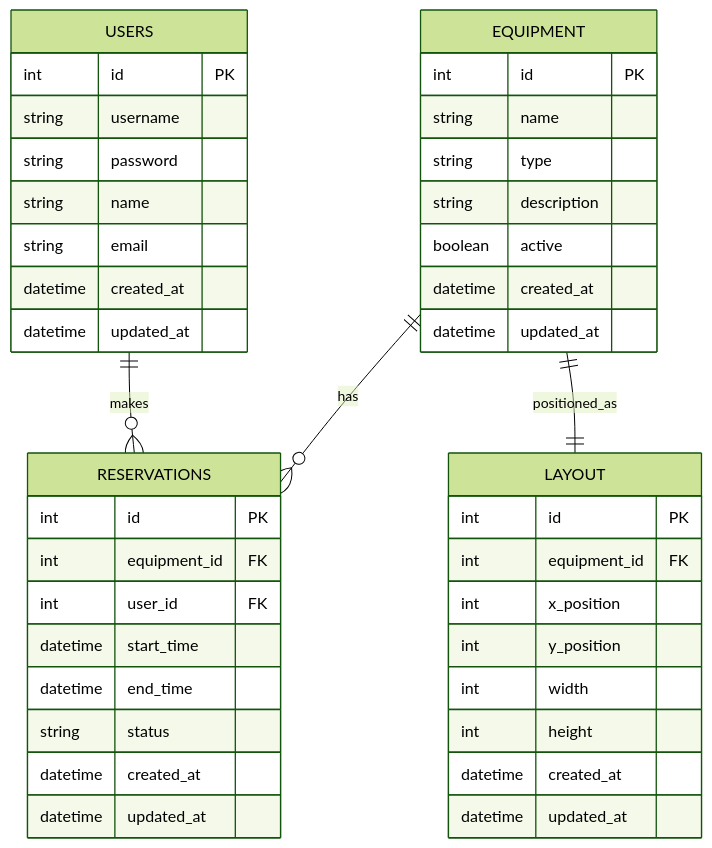
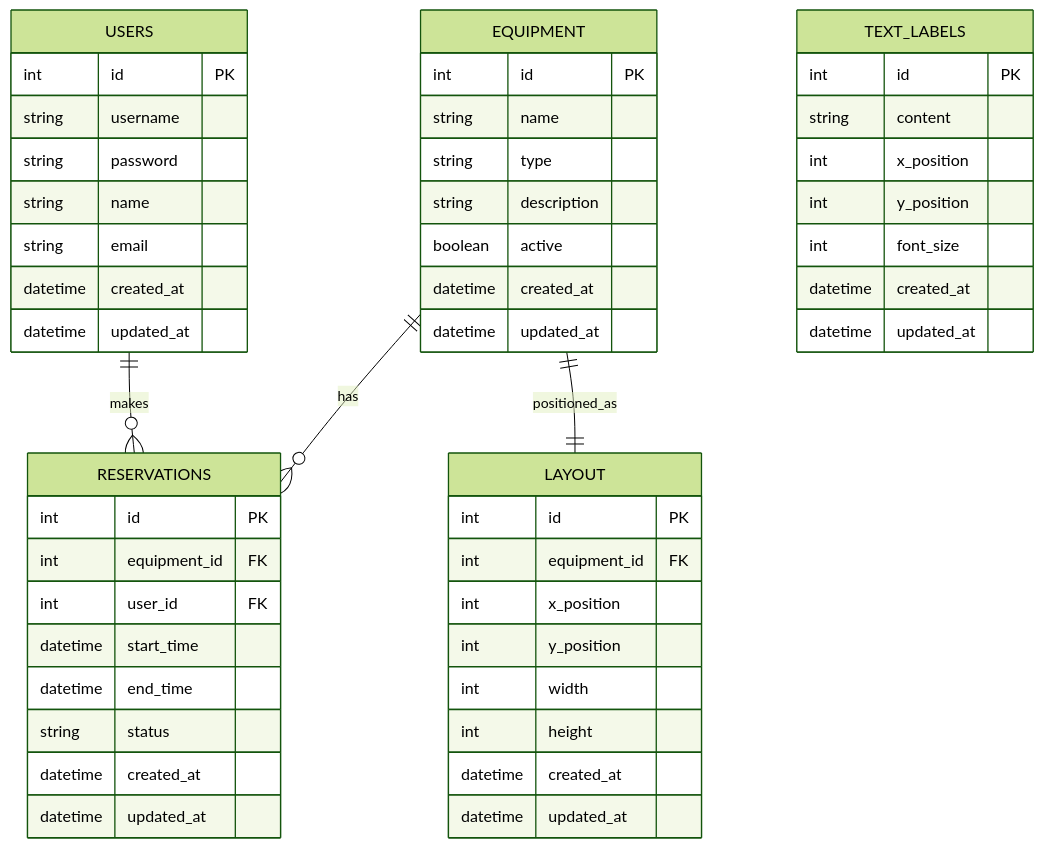
Before and after one commit to endo5501/LaboMachineTable: the seventh of 8 diagrams in memory-bank/systemPatterns.md, drawn with Mermaid (forest theme). The commit also changed other lines of this file and 5 other files, not shown here.

````diff
--- a/memory-bank/systemPatterns.md
+++ b/memory-bank/systemPatterns.md
@@ -215,48 +265,58 @@
 ```mermaid
 erDiagram
     USERS {
         int id PK
         string username
         string password
         string name
         string email
         datetime created_at
         datetime updated_at
     }
     
     EQUIPMENT {
         int id PK
         string name
         string type
         string description
         boolean active
         datetime created_at
         datetime updated_at
     }
     
     LAYOUT {
         int id PK
         int equipment_id FK
         int x_position
         int y_position
         int width
         int height
         datetime created_at
         datetime updated_at
     }
     
+    TEXT_LABELS {
+        int id PK
+        string content
+        int x_position
+        int y_position
+        int font_size
+        datetime created_at
+        datetime updated_at
+    }
+    
     RESERVATIONS {
         int id PK
         int equipment_id FK
         int user_id FK
         datetime start_time
         datetime end_time
         string status
         datetime created_at
         datetime updated_at
     }
     
     USERS ||--o{ RESERVATIONS : makes
     EQUIPMENT ||--o{ RESERVATIONS : has
     EQUIPMENT ||--|| LAYOUT : positioned_as
 ```
````
